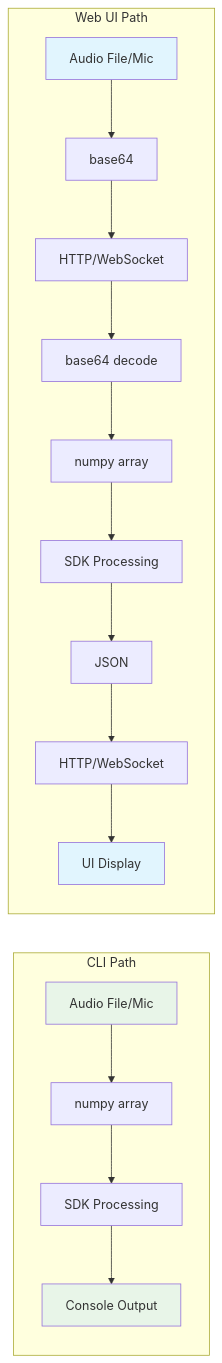
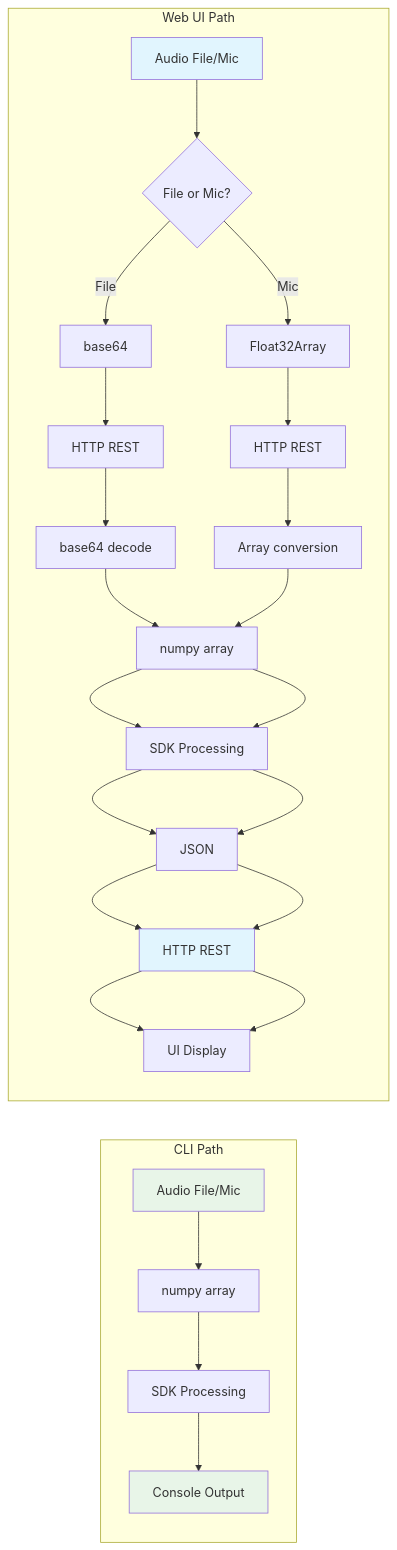
Before and after one commit to sreenivasmrpivot/groq-speech: the fourth of 24 diagrams in docs/ARCHITECTURE.md, drawn with Mermaid. The commit also changed other lines of this file and 38 other files, not shown here.

````diff
--- a/docs/ARCHITECTURE.md
+++ b/docs/ARCHITECTURE.md
@@ -119,15 +127,17 @@
 ```mermaid
 graph LR
     subgraph "CLI Path"
         A1[Audio File/Mic] --> A2[numpy array] --> A3[SDK Processing] --> A4[Console Output]
     end
     
     subgraph "Web UI Path"
-        B1[Audio File/Mic] --> B2[base64] --> B3[HTTP/WebSocket] --> B4[base64 decode] --> B5[numpy array] --> B6[SDK Processing] --> B7[JSON] --> B8[HTTP/WebSocket] --> B9[UI Display]
+        B1[Audio File/Mic] --> B2{File or Mic?}
+        B2 -->|File| B3[base64] --> B4[HTTP REST] --> B5[base64 decode] --> B6[numpy array] --> B7[SDK Processing] --> B8[JSON] --> B9[HTTP REST] --> B10[UI Display]
+        B2 -->|Mic| B11[Float32Array] --> B12[HTTP REST] --> B13[Array conversion] --> B6[numpy array] --> B7[SDK Processing] --> B8[JSON] --> B9[HTTP REST] --> B10[UI Display]
     end
     
     style A1 fill:#e8f5e8
     style A4 fill:#e8f5e8
     style B1 fill:#e1f5fe
     style B9 fill:#e1f5fe
 ```
````
